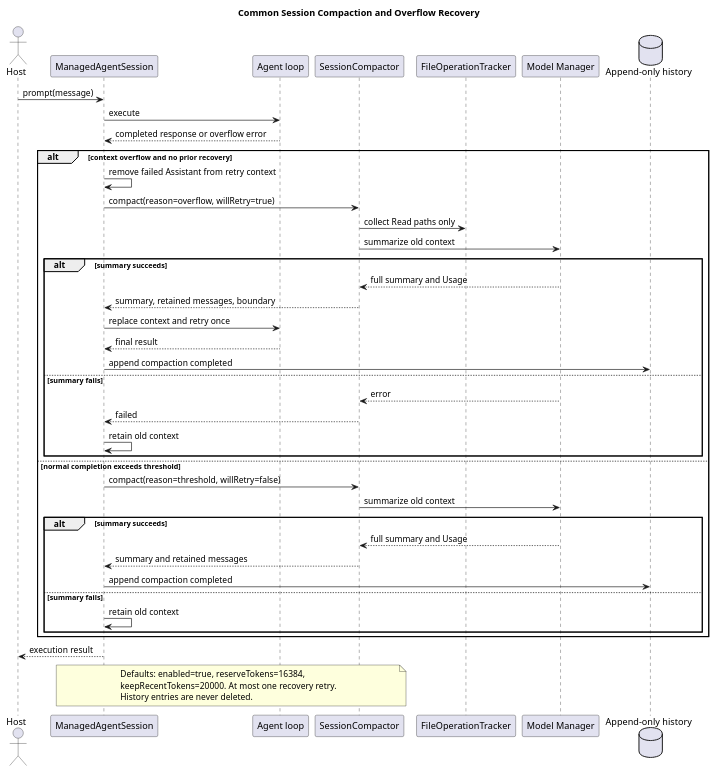
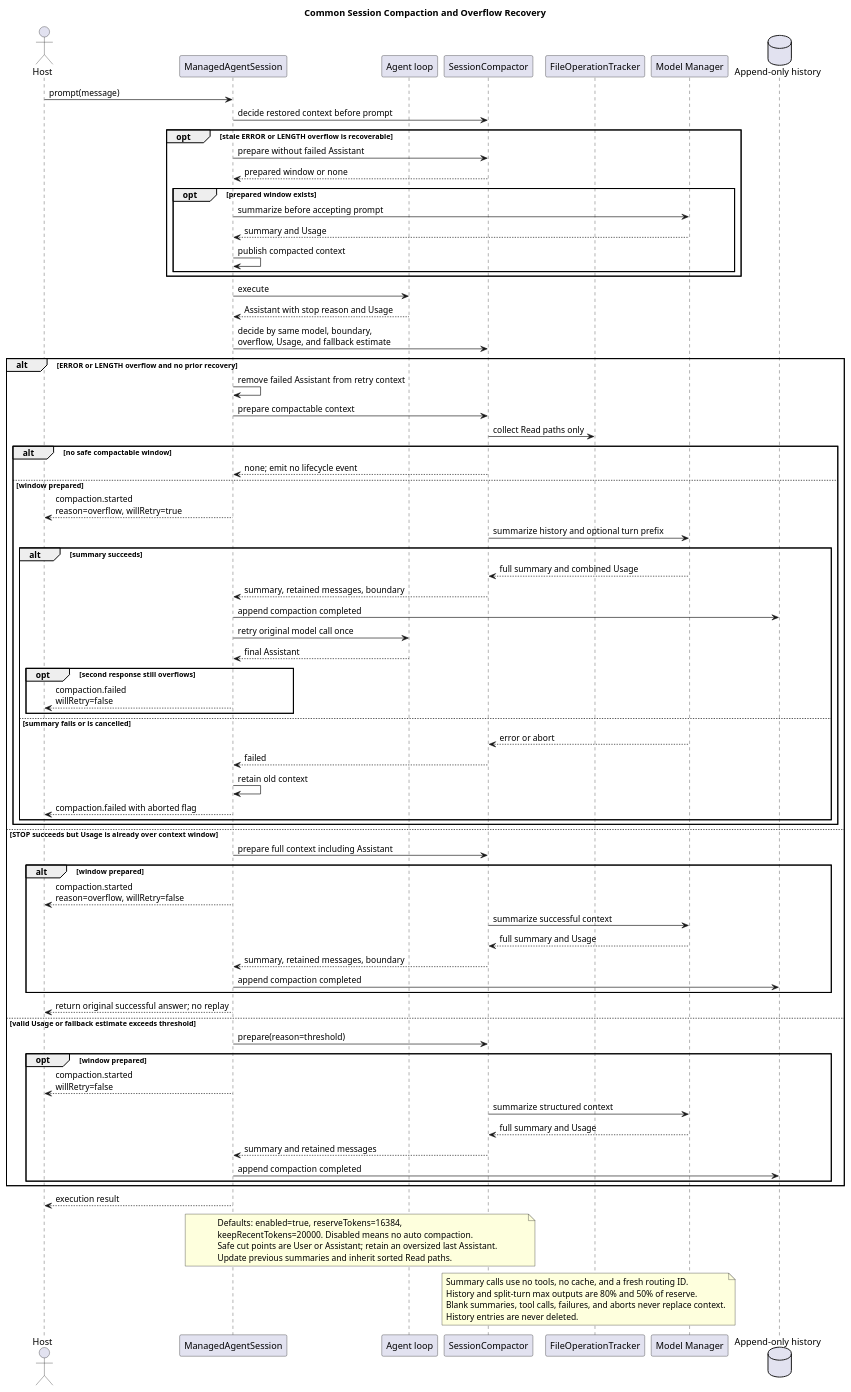
The tenth of 11 diagrams in pi-mono-java-tool-system/diagram.puml (ssm0808/pi-mono-java-design), drawn with PlantUML before and after one commit. The commit also changed other lines of this file and 15 other files, not shown here.

```diff
--- a/pi-mono-java-tool-system/diagram.puml
+++ b/pi-mono-java-tool-system/diagram.puml
@@ -590,57 +590,99 @@
 @startuml managed_session_compaction
 title Common Session Compaction and Overflow Recovery
 skinparam shadowing false
 
-' Source evidence (pi 5cd93f6):
-' packages/coding-agent/src/core/agent-session.ts: prompt and compaction recovery
-' packages/coding-agent/src/core/compaction.ts: compaction preparation and summary
+' Source evidence (pi 5cd93f688aaab89dbb6dfa4aca535f21796ae185):
+' packages/coding-agent/src/core/agent-session.ts: _checkCompaction, _runAutoCompaction
+' packages/coding-agent/src/core/compaction/compaction.ts: estimateContextTokens,
+' findCutPoint, prepareCompaction, compact, generateSummaryWithUsage
+' packages/coding-agent/src/core/compaction/utils.ts: serializeConversation, extractFileOpsFromMessage
+' packages/ai/src/utils/overflow.ts: isContextOverflow, isRecoverableLength
 ' Source evidence (CampusClaw PR 167 f60cc3e): shared compaction was removed with CLI sources.
-' Target-only Java design: ManagedAgentSession and SessionCompactor own common behavior.
+' Source evidence (Java before alignment a7f78fed): only the last-message retention fix existed.
+' Target-only Java design: ManagedAgentSession and SessionCompactor own the full common behavior.
 ' Design reason: Runtime, Cron, and Child require one failure-safe context policy.
+' Java divergence: append-only database Entries replace pi JSONL entries; only Read paths are tracked.
 
 actor Host
 participant "ManagedAgentSession" as Session
 participant "Agent loop" as Agent
 participant "SessionCompactor" as Compactor
 participant "FileOperationTracker" as Tracker
 participant "Model Manager" as Model
 database "Append-only history" as History
 
 Host -> Session : prompt(message)
+Session -> Compactor : decide restored context before prompt
+opt stale ERROR or LENGTH overflow is recoverable
+  Session -> Compactor : prepare without failed Assistant
+  Compactor --> Session : prepared window or none
+  opt prepared window exists
+    Session -> Model : summarize before accepting prompt
+    Model --> Session : summary and Usage
+    Session -> Session : publish compacted context
+  end
+end
 Session -> Agent : execute
-Agent --> Session : completed response or overflow error
-alt context overflow and no prior recovery
+Agent --> Session : Assistant with stop reason and Usage
+Session -> Compactor : decide by same model, boundary,\noverflow, Usage, and fallback estimate
+alt ERROR or LENGTH overflow and no prior recovery
   Session -> Session : remove failed Assistant from retry context
-  Session -> Compactor : compact(reason=overflow, willRetry=true)
+  Session -> Compactor : prepare compactable context
   Compactor -> Tracker : collect Read paths only
-  Compactor -> Model : summarize old context
-  alt summary succeeds
+  alt no safe compactable window
+    Compactor --> Session : none; emit no lifecycle event
+  else window prepared
+    Session --> Host : compaction.started\nreason=overflow, willRetry=true
+    Compactor -> Model : summarize history and optional turn prefix
+    alt summary succeeds
+      Model --> Compactor : full summary and combined Usage
+      Compactor --> Session : summary, retained messages, boundary
+      Session -> History : append compaction completed
+      Session -> Agent : retry original model call once
+      Agent --> Session : final Assistant
+      opt second response still overflows
+        Session --> Host : compaction.failed\nwillRetry=false
+      end
+    else summary fails or is cancelled
+      Model --> Compactor : error or abort
+      Compactor --> Session : failed
+      Session -> Session : retain old context
+      Session --> Host : compaction.failed with aborted flag
+    end
+  end
+else STOP succeeds but Usage is already over context window
+  Session -> Compactor : prepare full context including Assistant
+  alt window prepared
+    Session --> Host : compaction.started\nreason=overflow, willRetry=false
+    Compactor -> Model : summarize successful context
     Model --> Compactor : full summary and Usage
     Compactor --> Session : summary, retained messages, boundary
-    Session -> Agent : replace context and retry once
-    Agent --> Session : final result
     Session -> History : append compaction completed
-  else summary fails
-    Model --> Compactor : error
-    Compactor --> Session : failed
-    Session -> Session : retain old context
   end
-else normal completion exceeds threshold
-  Session -> Compactor : compact(reason=threshold, willRetry=false)
-  Compactor -> Model : summarize old context
-  alt summary succeeds
+  Session --> Host : return original successful answer; no replay
+else valid Usage or fallback estimate exceeds threshold
+  Session -> Compactor : prepare(reason=threshold)
+  opt window prepared
+    Session --> Host : compaction.started\nwillRetry=false
+    Compactor -> Model : summarize structured context
     Model --> Compactor : full summary and Usage
     Compactor --> Session : summary and retained messages
     Session -> History : append compaction completed
-  else summary fails
-    Session -> Session : retain old context
   end
 end
 Session --> Host : execution result
 
 note over Session,Compactor
 Defaults: enabled=true, reserveTokens=16384,
-keepRecentTokens=20000. At most one recovery retry.
+keepRecentTokens=20000. Disabled means no auto compaction.
+Safe cut points are User or Assistant; retain an oversized last Assistant.
+Update previous summaries and inherit sorted Read paths.
+end note
+
+note over Compactor,Model
+Summary calls use no tools, no cache, and a fresh routing ID.
+History and split-turn max outputs are 80% and 50% of reserve.
+Blank summaries, tool calls, failures, and aborts never replace context.
 History entries are never deleted.
 end note
 @enduml
```
